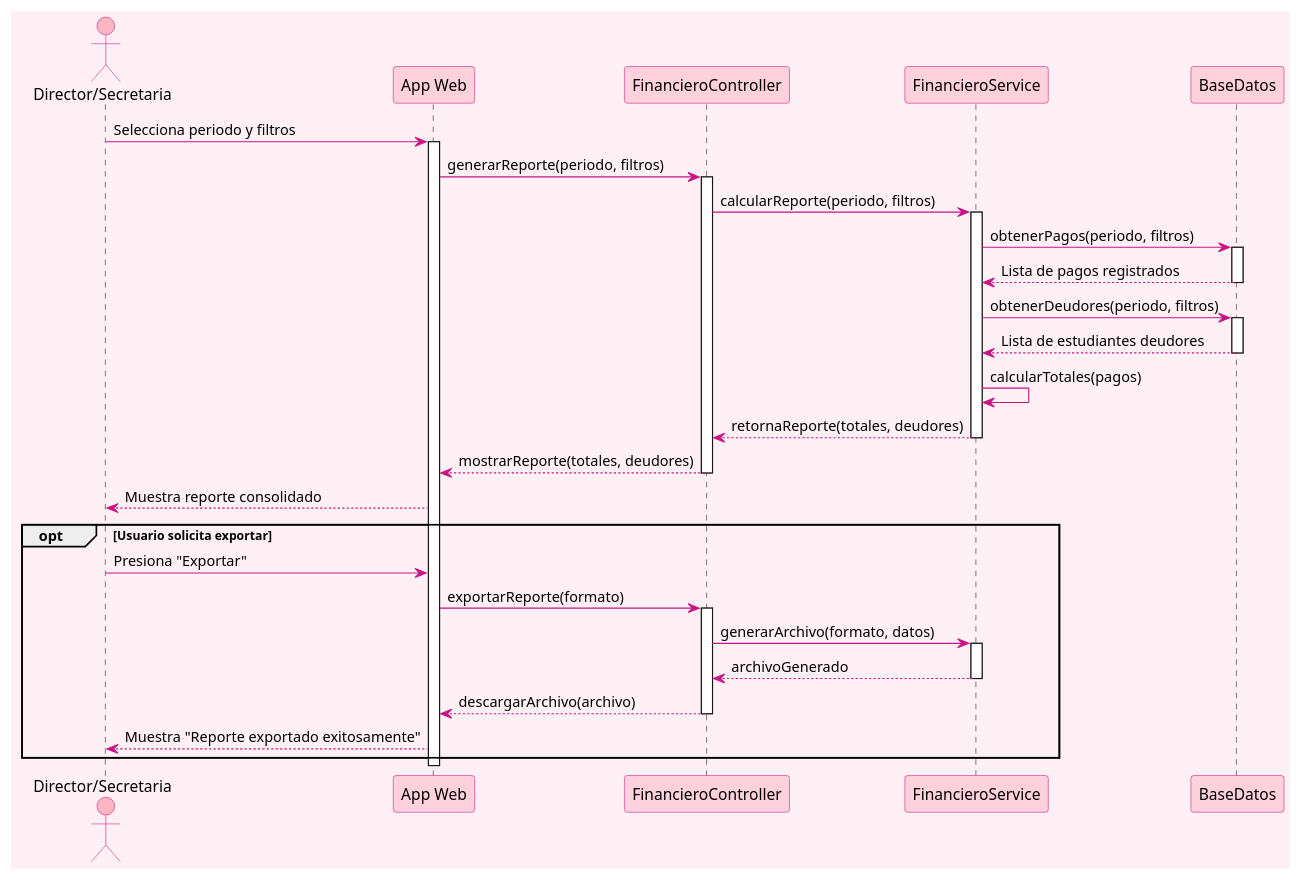
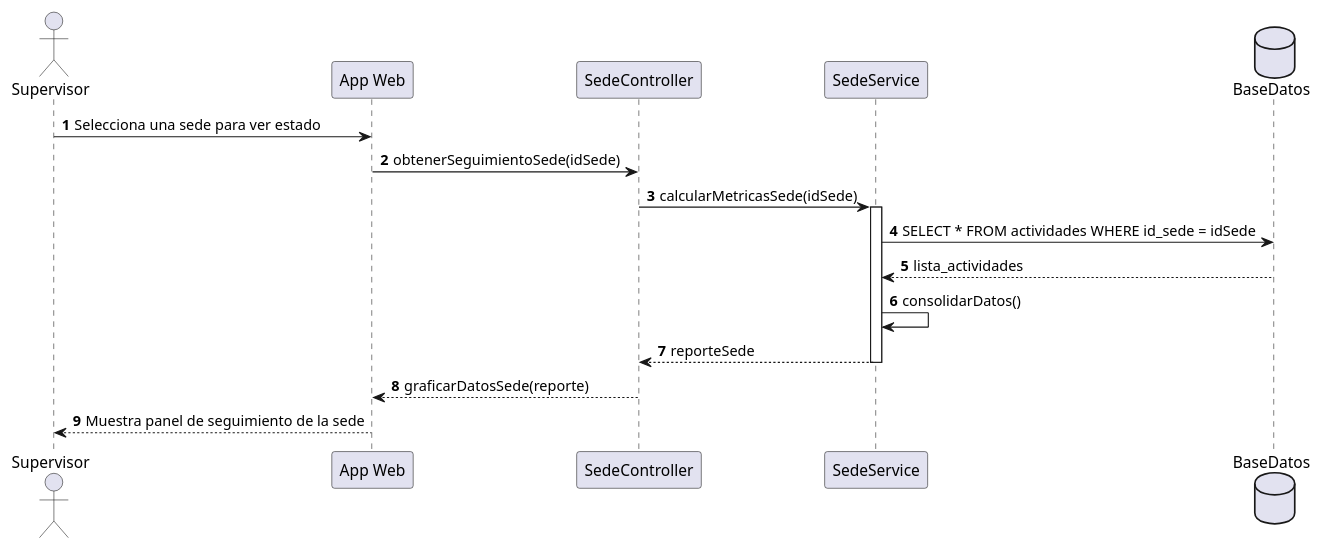
Before and after one commit to 1XxBlack1xX1/PYS-PASTIAS: the diagram in SYS-PAST/2-MODELO_UML/Comportamiento/2-Secuencia/SQ-CU07-seguimiento-sedes.puml, drawn with PlantUML. The commit also changed 42 other files, not shown here.

```diff
--- a/SYS-PAST/2-MODELO_UML/Comportamiento/2-Secuencia/SQ-CU07-seguimiento-sedes.puml
+++ b/SYS-PAST/2-MODELO_UML/Comportamiento/2-Secuencia/SQ-CU07-seguimiento-sedes.puml
@@ -1,52 +1,20 @@
-@startuml
-skinparam backgroundColor #FFF0F5
-skinparam participantBackgroundColor #FFD1DC
-skinparam participantBorderColor #C71585
-skinparam actorBackgroundColor #FFB6C1
-skinparam actorBorderColor #C71585
-skinparam arrowColor #C71585
-skinparam lifeLineBorderColor #C71585
+@startuml CU07_Seguimiento_Sedes
+autonumber
+actor "Supervisor" as Actor
+participant "App Web" as UI
+participant "SedeController" as Ctrl
+participant "SedeService" as Serv
+database "BaseDatos" as DB
 
-actor "Director/Secretaria" as user
-participant "App Web" as app
-participant "FinancieroController" as controller
-participant "FinancieroService" as service
-participant "BaseDatos" as db
-
-user -> app : Selecciona periodo y filtros
-activate app
-app -> controller : generarReporte(periodo, filtros)
-activate controller
-controller -> service : calcularReporte(periodo, filtros)
-activate service
-service -> db : obtenerPagos(periodo, filtros)
-activate db
-db --> service : Lista de pagos registrados
-deactivate db
-service -> db : obtenerDeudores(periodo, filtros)
-activate db
-db --> service : Lista de estudiantes deudores
-deactivate db
-service -> service : calcularTotales(pagos)
-service --> controller : retornaReporte(totales, deudores)
-deactivate service
-controller --> app : mostrarReporte(totales, deudores)
-deactivate controller
-app --> user : Muestra reporte consolidado
-
-opt Usuario solicita exportar
-    user -> app : Presiona "Exportar"
-    app -> controller : exportarReporte(formato)
-    activate controller
-    controller -> service : generarArchivo(formato, datos)
-    activate service
-    service --> controller : archivoGenerado
-    deactivate service
-    controller --> app : descargarArchivo(archivo)
-    deactivate controller
-    app --> user : Muestra "Reporte exportado exitosamente"
-end
-
-deactivate app
-
+Actor -> UI: Selecciona una sede para ver estado
+UI -> Ctrl: obtenerSeguimientoSede(idSede)
+Ctrl -> Serv: calcularMetricasSede(idSede)
+activate Serv
+Serv -> DB: SELECT * FROM actividades WHERE id_sede = idSede
+DB --> Serv: lista_actividades
+Serv -> Serv: consolidarDatos()
+Ctrl <-- Serv: reporteSede
+deactivate Serv
+UI <-- Ctrl: graficarDatosSede(reporte)
+Actor <-- UI: Muestra panel de seguimiento de la sede
 @enduml
```
